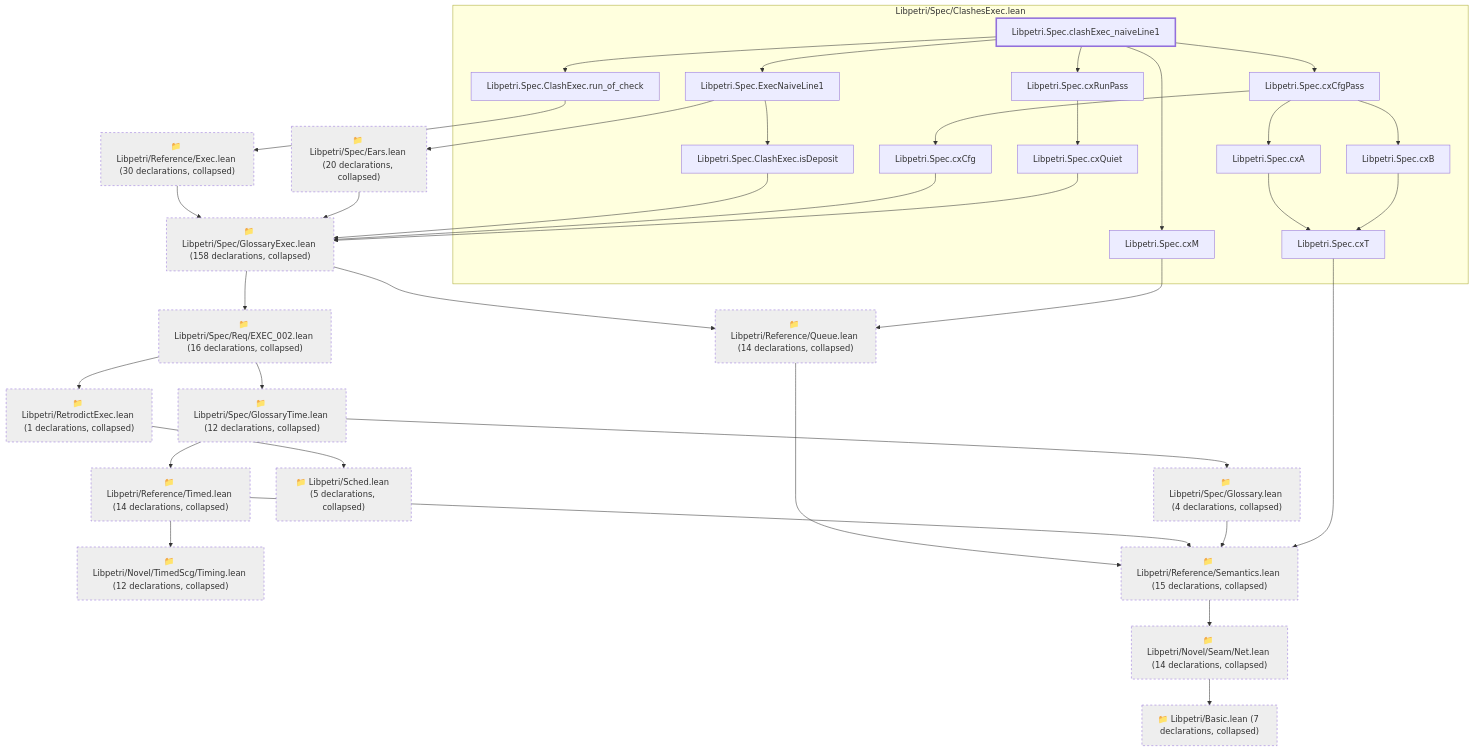
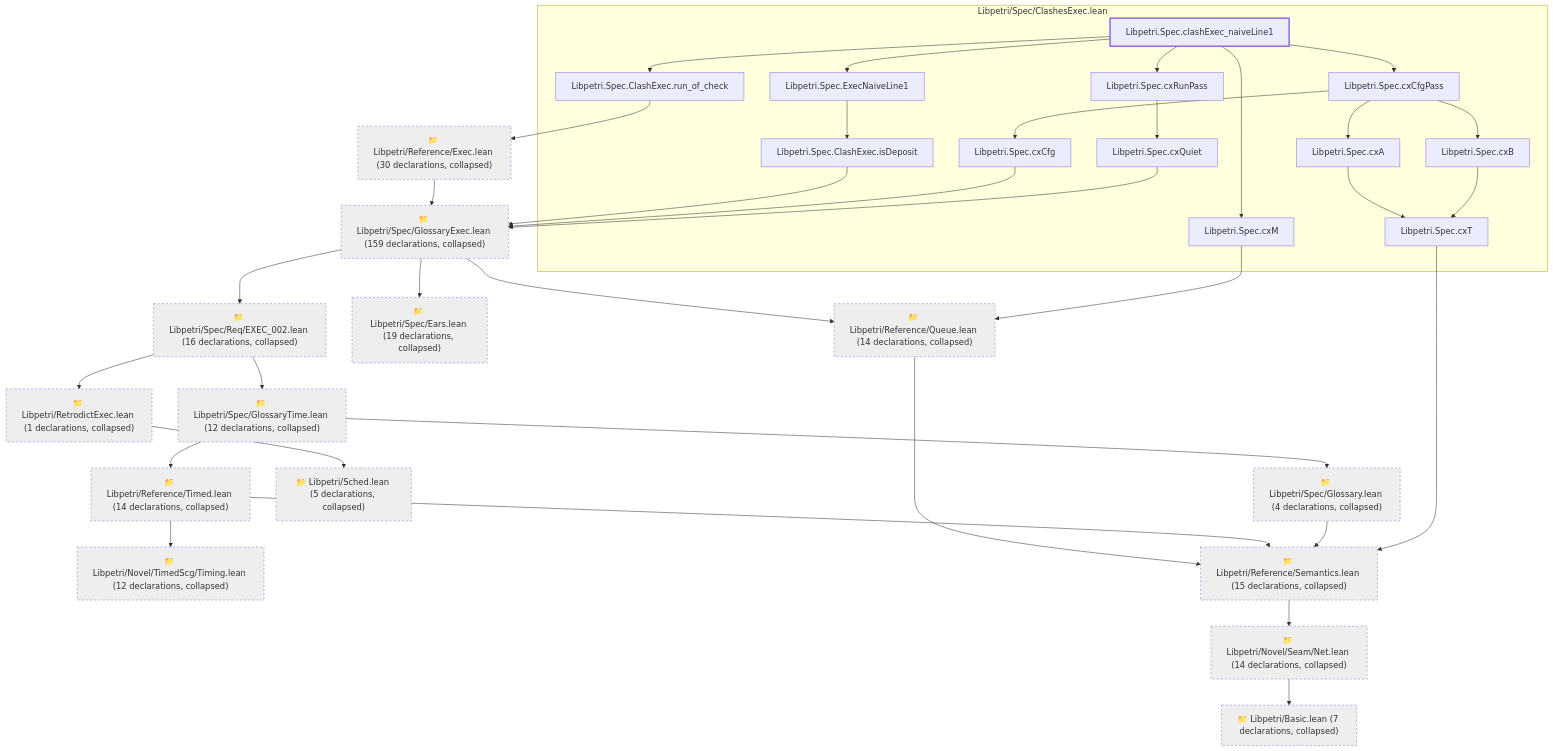
One commit to debe/libpetri changed the first of 3 diagrams in lean/graph/requirements/EXEC-001.md. Above: the diagram before and after it, drawn with Mermaid. The commit also changed other lines of this file and 393 other files, not shown here.

First line of the commit message:
feat(spec): AI sign-off of every Lean requirement block; defect ledger closed

````diff
--- a/lean/graph/requirements/EXEC-001.md
+++ b/lean/graph/requirements/EXEC-001.md
@@ -17,70 +17,69 @@
 ```mermaid
 flowchart TD
   subgraph g0["Libpetri/Spec/ClashesExec.lean"]
-    n5925["Libpetri.Spec.ClashExec.isDeposit"]
-    n5926["Libpetri.Spec.ClashExec.run_of_check"]
-    n7419["Libpetri.Spec.ExecNaiveLine1"]
-    n12320["Libpetri.Spec.clashExec_naiveLine1"]
-    n14016["Libpetri.Spec.cxA"]
-    n14017["Libpetri.Spec.cxB"]
-    n14018["Libpetri.Spec.cxCfg"]
-    n14022["Libpetri.Spec.cxCfgPass"]
-    n14026["Libpetri.Spec.cxM"]
-    n14028["Libpetri.Spec.cxQuiet"]
-    n14034["Libpetri.Spec.cxRunPass"]
-    n14038["Libpetri.Spec.cxT"]
+    n5952["Libpetri.Spec.ClashExec.isDeposit"]
+    n5953["Libpetri.Spec.ClashExec.run_of_check"]
+    n7485["Libpetri.Spec.ExecNaiveLine1"]
+    n12504["Libpetri.Spec.clashExec_naiveLine1"]
+    n14228["Libpetri.Spec.cxA"]
+    n14229["Libpetri.Spec.cxB"]
+    n14230["Libpetri.Spec.cxCfg"]
+    n14234["Libpetri.Spec.cxCfgPass"]
+    n14238["Libpetri.Spec.cxM"]
+    n14240["Libpetri.Spec.cxQuiet"]
+    n14246["Libpetri.Spec.cxRunPass"]
+    n14250["Libpetri.Spec.cxT"]
   end
   c0["📁 Libpetri/Basic.lean (7 declarations, collapsed)"]
   c54["📁 Libpetri/Novel/Seam/Net.lean (14 declarations, collapsed)"]
   c66["📁 Libpetri/Novel/TimedScg/Timing.lean (12 declarations, collapsed)"]
   c80["📁 Libpetri/Reference/Exec.lean (30 declarations, collapsed)"]
   c91["📁 Libpetri/Reference/Queue.lean (14 declarations, collapsed)"]
   c94["📁 Libpetri/Reference/Semantics.lean (15 declarations, collapsed)"]
   c98["📁 Libpetri/Reference/Timed.lean (14 declarations, collapsed)"]
   c103["📁 Libpetri/RetrodictExec.lean (1 declarations, collapsed)"]
   c109["📁 Libpetri/Sched.lean (5 declarations, collapsed)"]
-  c131["📁 Libpetri/Spec/Ears.lean (20 declarations, collapsed)"]
+  c131["📁 Libpetri/Spec/Ears.lean (19 declarations, collapsed)"]
   c132["📁 Libpetri/Spec/Glossary.lean (4 declarations, collapsed)"]
-  c139["📁 Libpetri/Spec/GlossaryExec.lean (158 declarations, collapsed)"]
+  c139["📁 Libpetri/Spec/GlossaryExec.lean (159 declarations, collapsed)"]
   c146["📁 Libpetri/Spec/GlossaryTime.lean (12 declarations, collapsed)"]
   c232["📁 Libpetri/Spec/Req/EXEC_002.lean (16 declarations, collapsed)"]
   c54 --> c0
   c80 --> c139
   c91 --> c94
   c94 --> c54
   c98 --> c66
   c98 --> c94
   c103 --> c109
-  c131 --> c139
   c132 --> c94
   c139 --> c91
+  c139 --> c131
   c139 --> c232
   c146 --> c98
   c146 --> c132
   c232 --> c103
   c232 --> c146
-  n5925 --> c139
-  n5926 --> c80
-  n7419 --> c131
-  n7419 --> n5925
-  n12320 --> n5926
-  n12320 --> n7419
-  n12320 --> n14022
-  n12320 --> n14026
-  n12320 --> n14034
-  n14016 --> n14038
-  n14017 --> n14038
-  n14018 --> c139
-  n14022 --> n14016
-  n14022 --> n14017
-  n14022 --> n14018
-  n14026 --> c91
-  n14028 --> c139
-  n14034 --> n14028
-  n14038 --> c94
+  n5952 --> c139
+  n5953 --> c80
+  n7485 --> n5952
+  n12504 --> n5953
+  n12504 --> n7485
+  n12504 --> n14234
+  n12504 --> n14238
+  n12504 --> n14246
+  n14228 --> n14250
+  n14229 --> n14250
+  n14230 --> c139
+  n14234 --> n14228
+  n14234 --> n14229
+  n14234 --> n14230
+  n14238 --> c91
+  n14240 --> c139
+  n14246 --> n14240
+  n14250 --> c94
   classDef root stroke-width:3px
   classDef locked fill:#fff3cd,stroke:#b8860b
   classDef collapsed fill:#eeeeee,stroke-dasharray:4 4
-  class n12320 root
+  class n12504 root
   class c0,c54,c66,c80,c91,c94,c98,c103,c109,c131,c132,c139,c146,c232 collapsed
 ```
````
